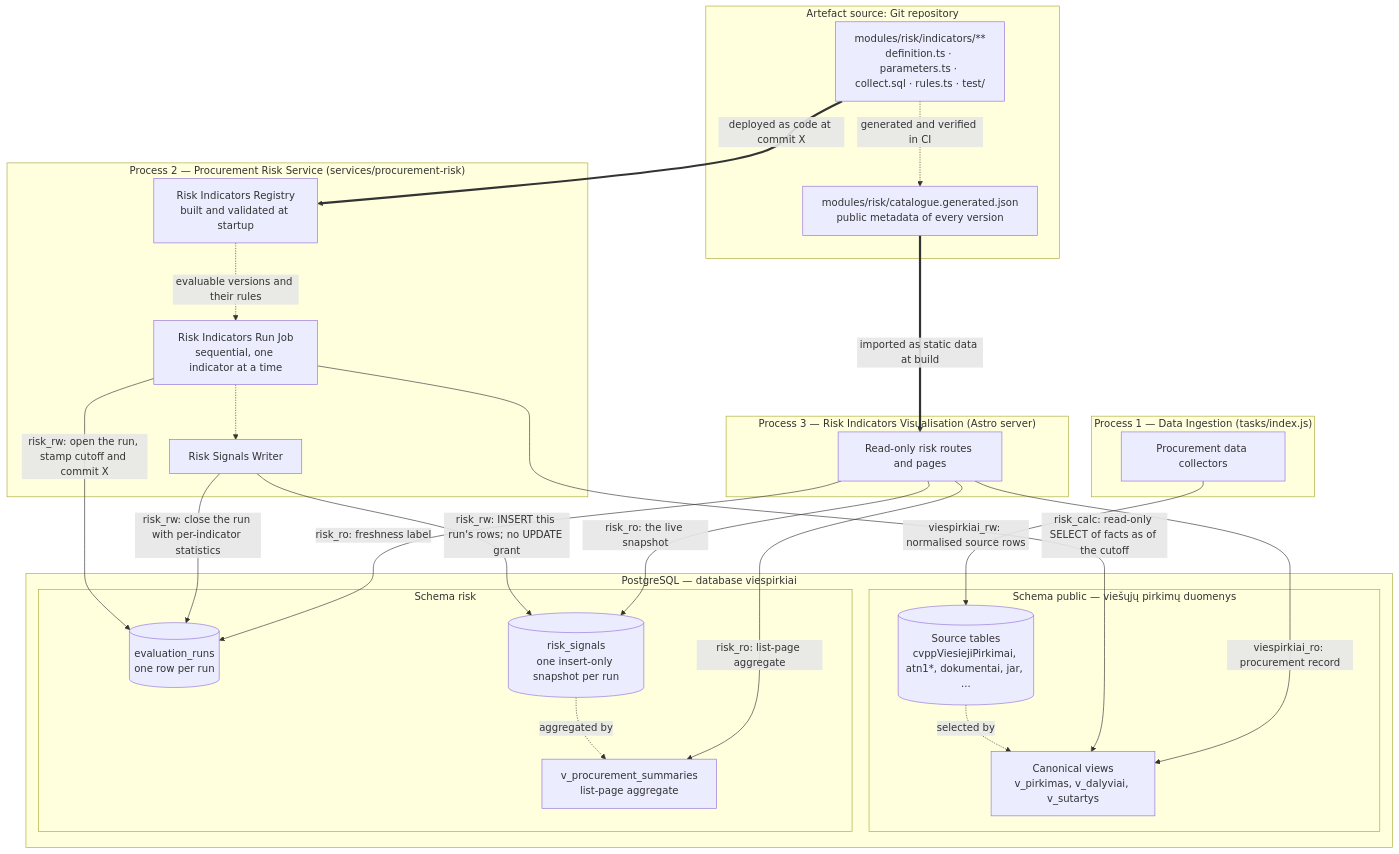
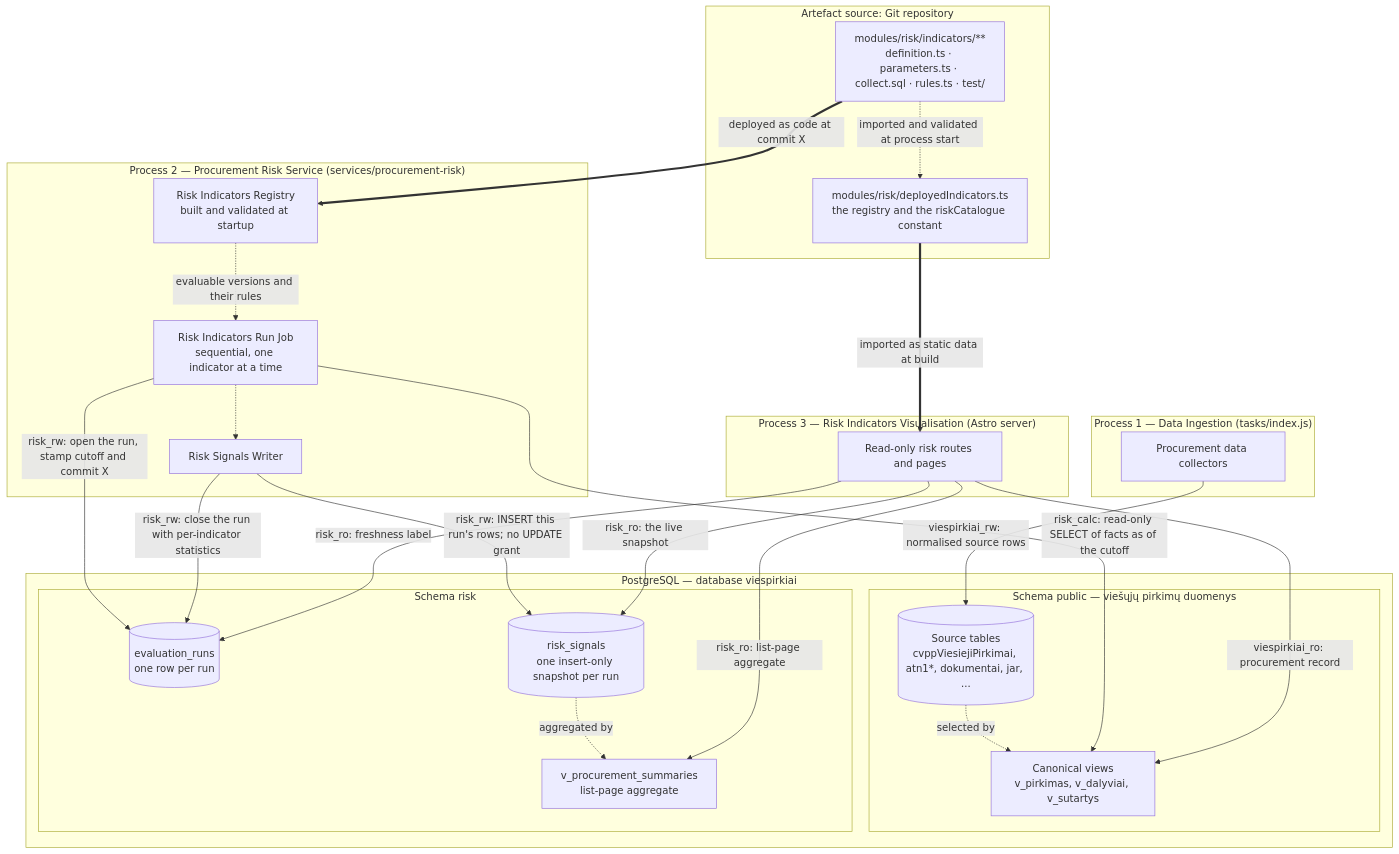
One commit to Viespirkiu-grupe/viespirkiai changed the second of 6 diagrams in docs/indicators-story/risk-service-architecture.md. Above: the diagram before and after it, drawn with Mermaid. The commit also changed other lines of this file and 7 other files, not shown here.

````diff
--- a/docs/indicators-story/risk-service-architecture.md
+++ b/docs/indicators-story/risk-service-architecture.md
@@ -65,50 +65,50 @@
 ```mermaid
 flowchart TB
     subgraph nGit["Artefact source: Git repository"]
         gDef["modules/risk/indicators/**<br/>definition.ts · parameters.ts · collect.sql · rules.ts · test/"]
-        gCat["modules/risk/catalogue.generated.json<br/>public metadata of every version"]
-        gDef -.->|" generated and verified in CI "| gCat
+        gCat["modules/risk/deployedIndicators.ts<br/>the registry and the riskCatalogue constant"]
+        gDef -.->|" imported and validated at process start "| gCat
     end
 
     subgraph pIng["Process 1 — Data Ingestion (tasks/index.js)"]
         pIngest["Procurement data collectors"]
     end
 
     subgraph pRisk["Process 2 — Procurement Risk Service (services/procurement-risk)"]
         pReg["Risk Indicators Registry<br/>built and validated at startup"]
         pJob["Risk Indicators Run Job<br/>sequential, one indicator at a time"]
         pPub["Risk Signals Writer"]
         pReg -.->|" evaluable versions and their rules "| pJob
         pJob -.-> pPub
     end
 
     subgraph pVis["Process 3 — Risk Indicators Visualisation (Astro server)"]
         pWeb["Read-only risk routes and pages"]
     end
 
     subgraph nDb["PostgreSQL — database viespirkiai"]
         subgraph sPublic["Schema public — viešųjų pirkimų duomenys"]
             dSrc[("Source tables<br/>cvppViesiejiPirkimai, atn1*, dokumentai, jar, ...")]
             dView["Canonical views<br/>v_pirkimas, v_dalyviai, v_sutartys"]
             dSrc -.->|" selected by "| dView
         end
         subgraph sRisk["Schema risk"]
             dRun[("evaluation_runs<br/>one row per run")]
             dSig[("risk_signals<br/>one insert-only snapshot per run")]
             dSum["v_procurement_summaries<br/>list-page aggregate"]
             dSig -.->|" aggregated by "| dSum
         end
     end
 
     gDef ==>|" deployed as code at commit X "| pReg
     gCat ==>|" imported as static data at build "| pWeb
     pIngest -->|" viespirkiai_rw: normalised source rows "| dSrc
     pJob -->|" risk_rw: open the run, stamp cutoff and commit X "| dRun
     pJob -->|" risk_calc: read-only SELECT of facts as of the cutoff "| dView
     pPub -->|" risk_rw: INSERT this run's rows; no UPDATE grant "| dSig
     pPub -->|" risk_rw: close the run with per-indicator statistics "| dRun
     pWeb -->|" risk_ro: the live snapshot "| dSig
     pWeb -->|" risk_ro: list-page aggregate "| dSum
     pWeb -->|" risk_ro: freshness label "| dRun
     pWeb -->|" viespirkiai_ro: procurement record "| dView
 ```
````
